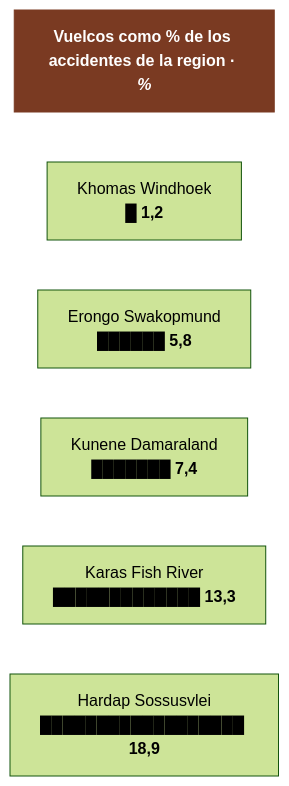
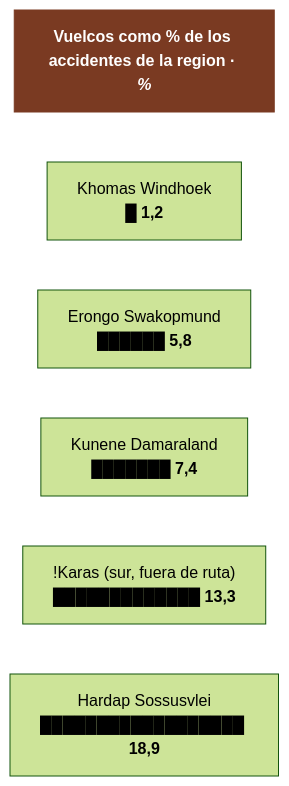
Before and after one commit to morandeirachema/namibia: the second of 3 diagrams in 06-conduccion.md, drawn with Mermaid (forest theme). The commit also changed other lines of this file and 15 other files, not shown here.

Commit message:
Dejar en el dossier solo la ruta elegida: fuera las variantes descartadas, el sur y el canon del Fish River

````diff
--- a/06-conduccion.md
+++ b/06-conduccion.md
@@ -55,15 +55,15 @@
 ```mermaid
 flowchart TD
     T["<b>Vuelcos como % de los accidentes de la region · <i>%</i></b>"]
     n0["Khomas Windhoek<br/>█ <b>1,2</b>"]
     n1["Erongo Swakopmund<br/>██████ <b>5,8</b>"]
     n2["Kunene Damaraland<br/>███████ <b>7,4</b>"]
-    n3["Karas Fish River<br/>█████████████ <b>13,3</b>"]
+    n3["!Karas (sur, fuera de ruta)<br/>█████████████ <b>13,3</b>"]
     n4["Hardap Sossusvlei<br/>██████████████████ <b>18,9</b>"]
     T ~~~ n0
     n0 ~~~ n1
     n1 ~~~ n2
     n2 ~~~ n3
     n3 ~~~ n4
     style T fill:#7a3a22,color:#fff,stroke:#7a3a22
 ```
````
